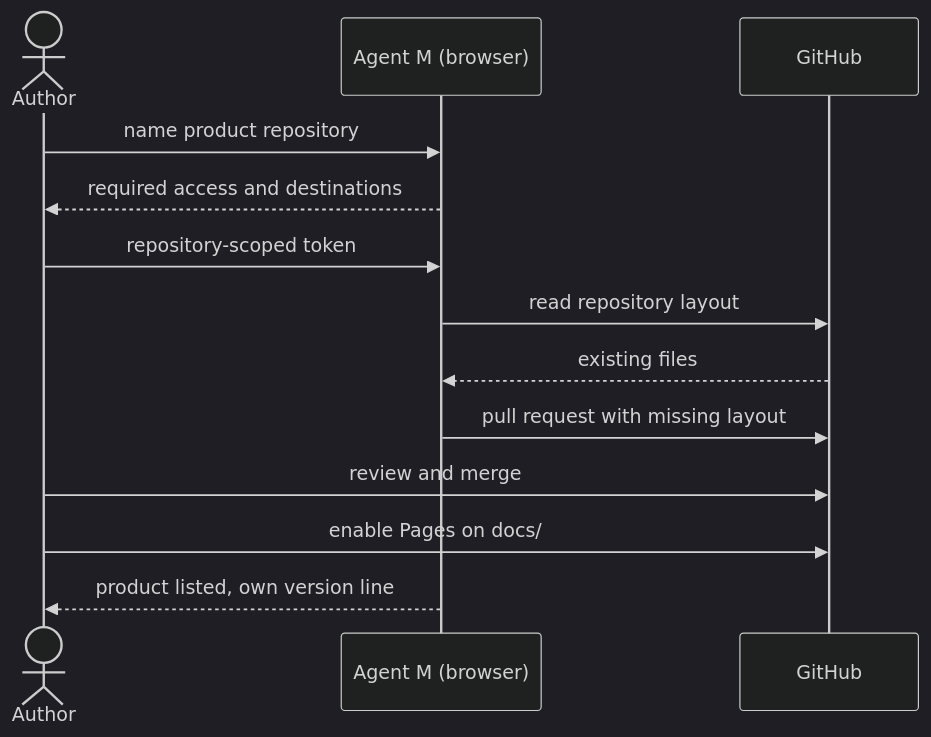
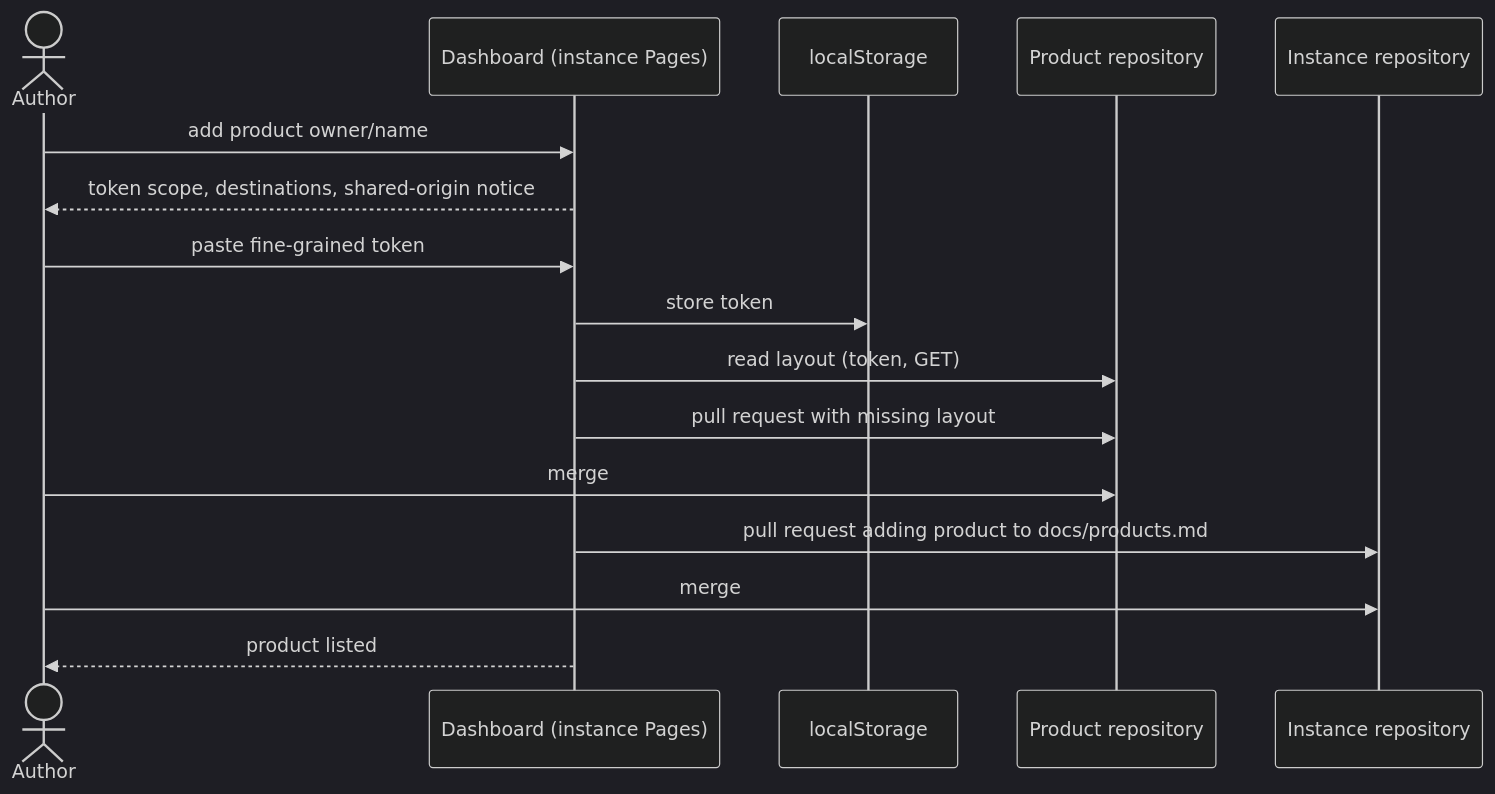
The diagram in docs/use-cases/UC-001-add-a-managed-product.md (akmaier/agent-m), drawn with Mermaid (dark theme) before and after one commit. The commit also changed other lines of this file and 3 other files, not shown here.

First line of the commit message:
docs(use-cases): dashboard stays in the instance; UC-001 token flow; UC-014 set up an instance

````diff
--- a/docs/use-cases/UC-001-add-a-managed-product.md
+++ b/docs/use-cases/UC-001-add-a-managed-product.md
@@ -47,15 +59,18 @@
 ```mermaid
 sequenceDiagram
     actor A as Author
-    participant M as Agent M (browser)
-    participant G as GitHub
-    A->>M: name product repository
-    M-->>A: required access and destinations
-    A->>M: repository-scoped token
-    M->>G: read repository layout
-    G-->>M: existing files
-    M->>G: pull request with missing layout
-    A->>G: review and merge
-    A->>G: enable Pages on docs/
-    M-->>A: product listed, own version line
+    participant D as Dashboard (instance Pages)
+    participant L as localStorage
+    participant P as Product repository
+    participant I as Instance repository
+    A->>D: add product owner/name
+    D-->>A: token scope, destinations, shared-origin notice
+    A->>D: paste fine-grained token
+    D->>L: store token
+    D->>P: read layout (token, GET)
+    D->>P: pull request with missing layout
+    A->>P: merge
+    D->>I: pull request adding product to docs/products.md
+    A->>I: merge
+    D-->>A: product listed
 ```
````
